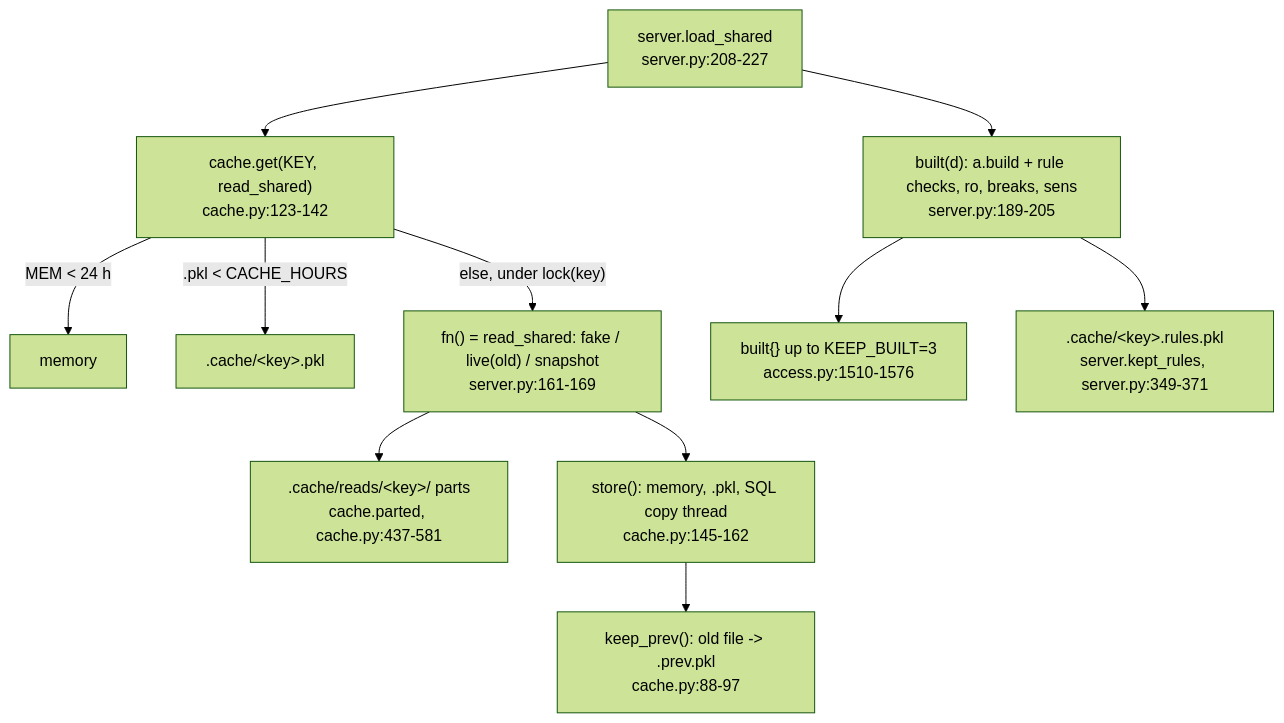
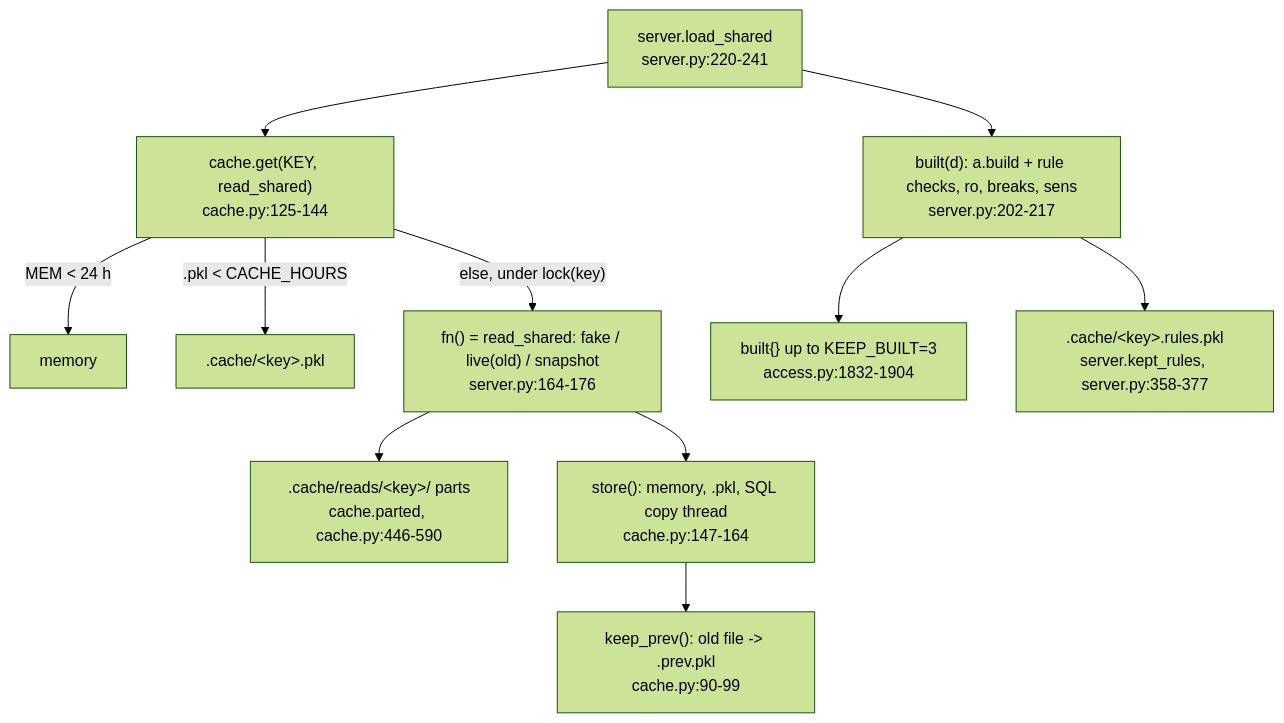
Before and after one commit to darshanmeel/snowflake-access-explorer: the diagram in snowflake-access-explorer-knowledge-graph/logic/caching.md, drawn with Mermaid (forest theme). The commit also changed other lines of this file and 97 other files, not shown here.

First line of the commit message:
Knowledge graph: updated for 80 commits (read levels, object inventory, object activity, graph focus, risks, Home)

````diff
--- a/snowflake-access-explorer-knowledge-graph/logic/caching.md
+++ b/snowflake-access-explorer-knowledge-graph/logic/caching.md
@@ -6,13 +6,13 @@
 ```mermaid
 flowchart TD
-  LS["server.load_shared<br/>server.py:208-227"] --> G["cache.get(KEY, read_shared)<br/>cache.py:123-142"]
+  LS["server.load_shared<br/>server.py:220-241"] --> G["cache.get(KEY, read_shared)<br/>cache.py:125-144"]
   G -->|"MEM < 24 h"| M[memory]
   G -->|".pkl < CACHE_HOURS"| P[".cache/&lt;key&gt;.pkl"]
-  G -->|"else, under lock(key)"| R["fn() = read_shared: fake / live(old) / snapshot<br/>server.py:161-169"]
-  R --> PT[".cache/reads/&lt;key&gt;/ parts<br/>cache.parted, cache.py:437-581"]
-  R --> ST["store(): memory, .pkl, SQL copy thread<br/>cache.py:145-162"]
-  ST --> KP["keep_prev(): old file -> .prev.pkl<br/>cache.py:88-97"]
-  LS --> B["built(d): a.build + rule checks, ro, breaks, sens<br/>server.py:189-205"]
-  B --> KB["built{} up to KEEP_BUILT=3<br/>access.py:1510-1576"]
-  B --> KR[".cache/&lt;key&gt;.rules.pkl<br/>server.kept_rules, server.py:349-371"]
+  G -->|"else, under lock(key)"| R["fn() = read_shared: fake / live(old) / snapshot<br/>server.py:164-176"]
+  R --> PT[".cache/reads/&lt;key&gt;/ parts<br/>cache.parted, cache.py:446-590"]
+  R --> ST["store(): memory, .pkl, SQL copy thread<br/>cache.py:147-164"]
+  ST --> KP["keep_prev(): old file -> .prev.pkl<br/>cache.py:90-99"]
+  LS --> B["built(d): a.build + rule checks, ro, breaks, sens<br/>server.py:202-217"]
+  B --> KB["built{} up to KEEP_BUILT=3<br/>access.py:1832-1904"]
+  B --> KR[".cache/&lt;key&gt;.rules.pkl<br/>server.kept_rules, server.py:358-377"]
 ```
````
